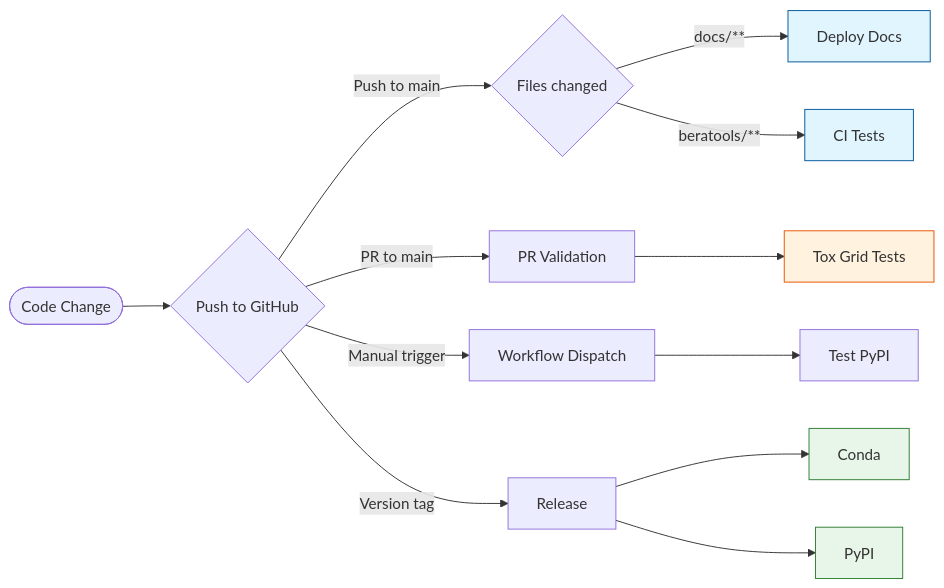
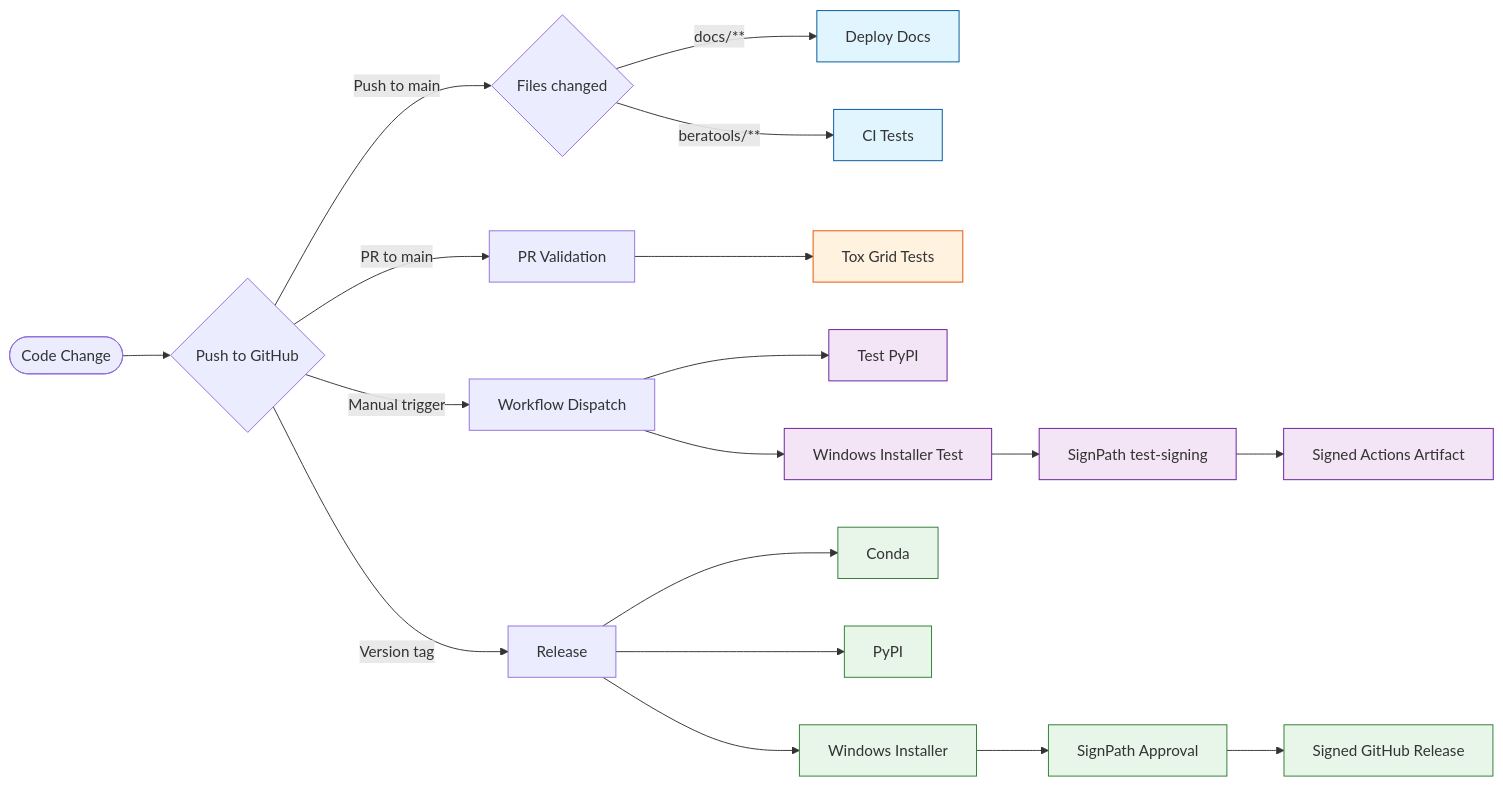
One commit to appliedgrg/beratools changed the diagram in docs/files/developer/maintainer.md. Above: the diagram before and after it, drawn with Mermaid. The commit also changed other lines of this file and 8 other files, not shown here.

````diff
--- a/docs/files/developer/maintainer.md
+++ b/docs/files/developer/maintainer.md
@@ -82,27 +96,34 @@
 ```mermaid
 flowchart LR
     Start([Code Change]) --> CheckType{Push to GitHub}
     
     CheckType -->|Push to main| Files{Files changed}
     Files -->|docs/**| Mkdocs[Deploy Docs]
     Files -->|beratools/**| Pytest[CI Tests]
     
     CheckType -->|PR to main| PR[PR Validation]
     PR --> Tox[Tox Grid Tests]
 
     CheckType -->|Manual trigger| Manual[Workflow Dispatch]
     Manual --> PyPITest[Test PyPI]
+    Manual --> InstallerTest[Windows Installer Test]
+    InstallerTest --> TestSign[SignPath test-signing]
+    TestSign --> SignedTest[Signed Actions Artifact]
     
     CheckType -->|Version tag| Release[Release]
     Release --> Anaconda[Conda]
     Release --> PyPI[PyPI]
+    Release --> WindowsInstaller[Windows Installer]
+    WindowsInstaller --> SignPathApproval[SignPath Approval]
+    SignPathApproval --> SignedRelease[Signed GitHub Release]
     
     classDef push fill:#e1f5ff,stroke:#01579b
     classDef pr fill:#fff3e0,stroke:#e65100
+    classDef manual fill:#f3e5f5,stroke:#6a1b9a
     classDef rel fill:#e8f5e9,stroke:#2e7d32
     
     class Mkdocs,Pytest push
-    class PyPITest manual
+    class PyPITest,InstallerTest,TestSign,SignedTest manual
     class Tox pr
-    class Anaconda,PyPI rel
+    class Anaconda,PyPI,WindowsInstaller,SignPathApproval,SignedRelease rel
 ```
````
